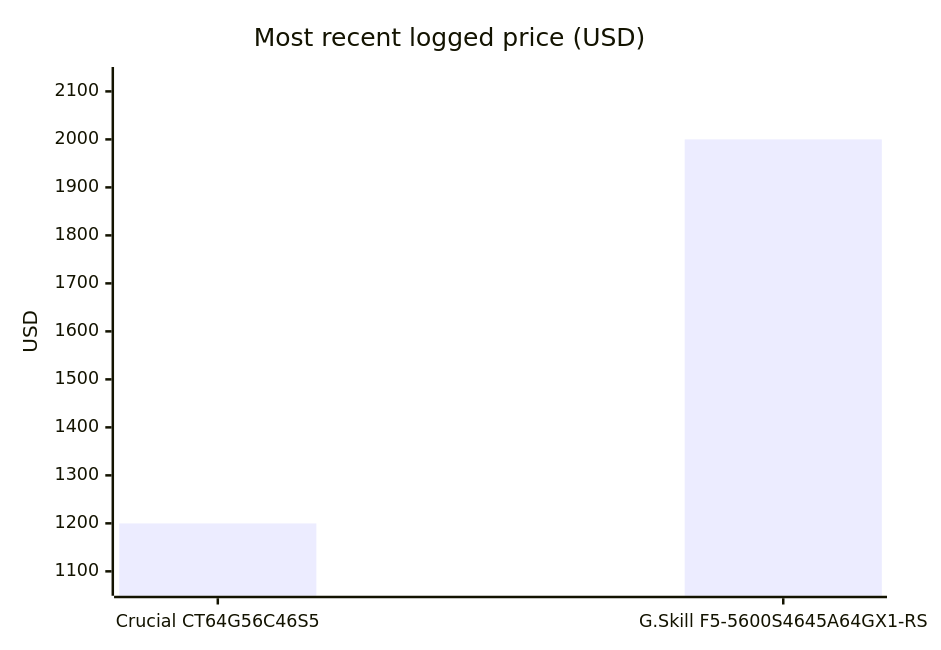
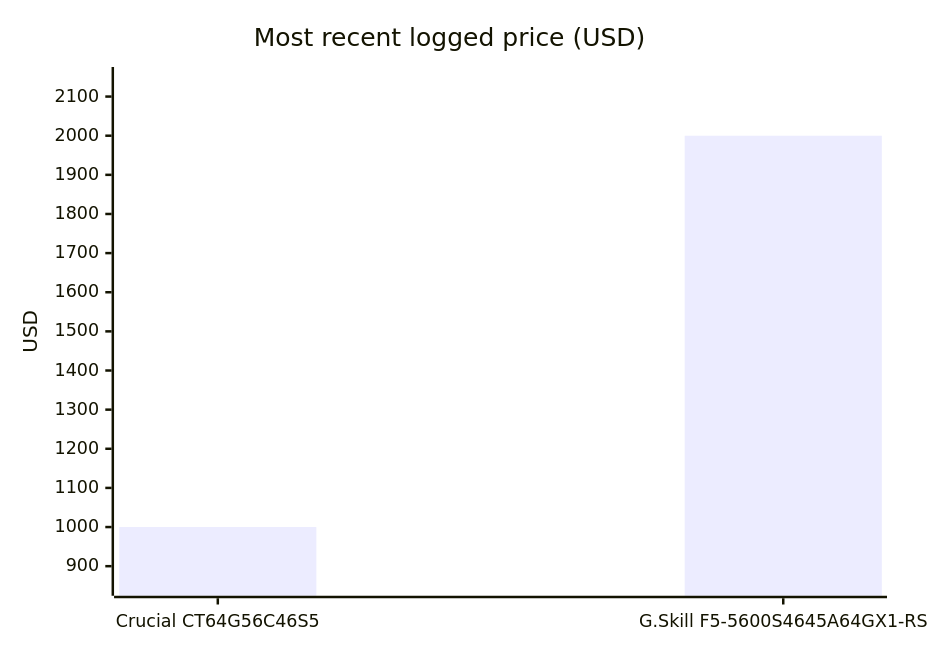
The fourth of 18 diagrams in README.md (7324136828/4tb_ssd_price_watch), drawn with Mermaid before and after one commit. The commit also changed other lines of this file, not shown here.

````diff
--- a/README.md
+++ b/README.md
@@ -391,7 +583,7 @@
 ```mermaid
 xychart-beta
     title "Most recent logged price (USD)"
     x-axis ["Crucial CT64G56C46S5", "G.Skill F5-5600S4645A64GX1-RS"]
-    y-axis "USD" 1070 --> 2130
-    bar [1199.89, 1999.99]
+    y-axis "USD" 850 --> 2150
+    bar [1000.00, 1999.99]
 ```
````
